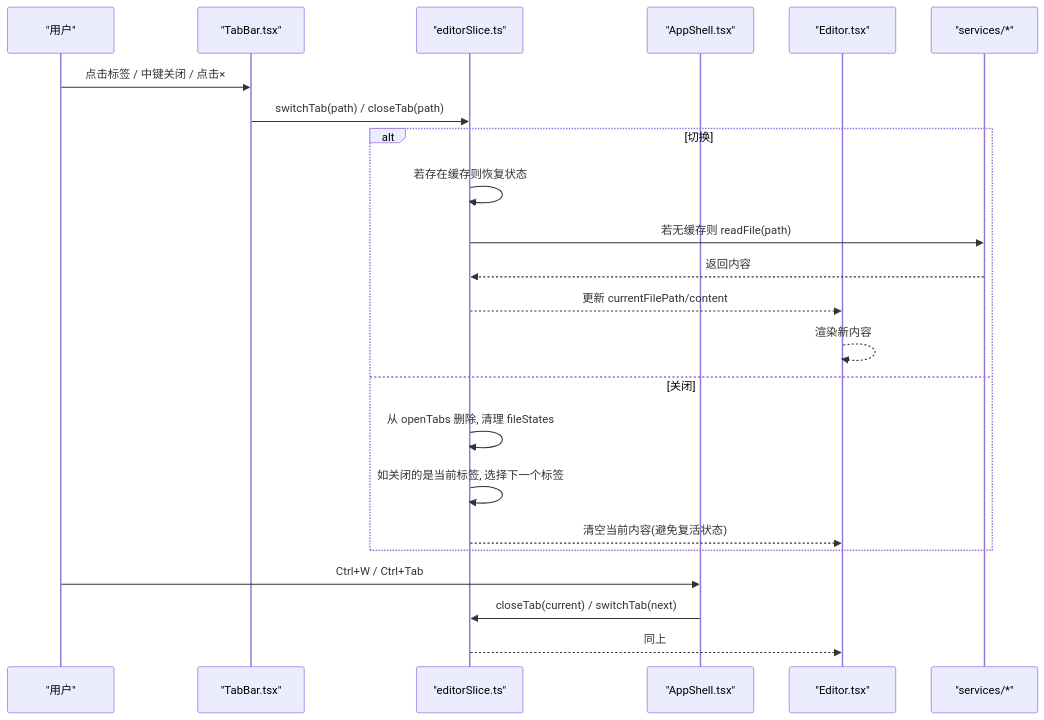
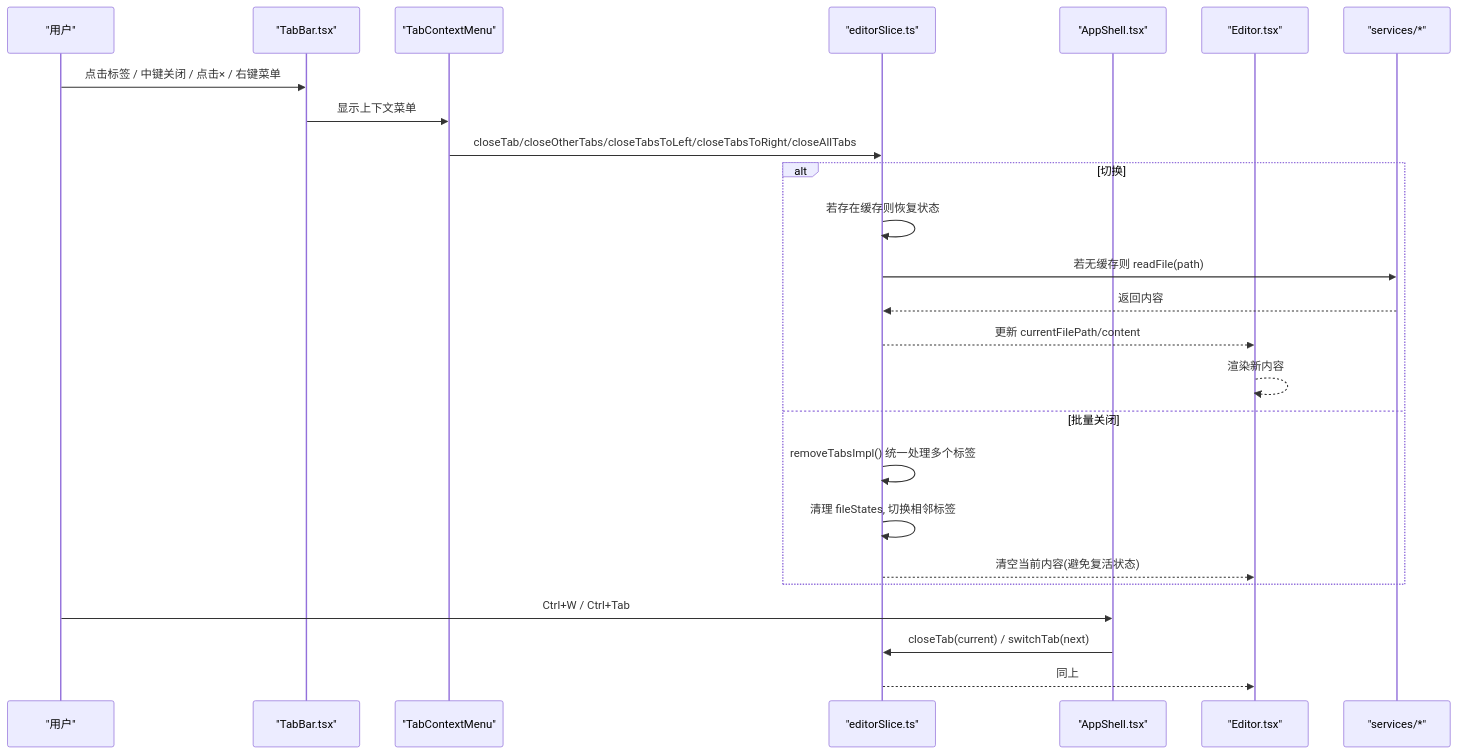
One commit to gongshiyun/ZenNote changed the second of 7 diagrams in .qoder/repowiki/zh/content/布局系统/标签页系统.md. Above: the diagram before and after it, drawn with Mermaid. The commit also changed other lines of this file and 38 other files, not shown here.

````diff
--- a/.qoder/repowiki/zh/content/布局系统/标签页系统.md
+++ b/.qoder/repowiki/zh/content/布局系统/标签页系统.md
@@ -107,25 +119,27 @@
 ```mermaid
 sequenceDiagram
 participant U as "用户"
 participant T as "TabBar.tsx"
+participant M as "TabContextMenu"
 participant S as "editorSlice.ts"
 participant A as "AppShell.tsx"
 participant E as "Editor.tsx"
 participant F as "services/*"
-U->>T : 点击标签 / 中键关闭 / 点击×
-T->>S : switchTab(path) / closeTab(path)
+U->>T : 点击标签 / 中键关闭 / 点击× / 右键菜单
+T->>M : 显示上下文菜单
+M->>S : closeTab/closeOtherTabs/closeTabsToLeft/closeTabsToRight/closeAllTabs
 alt 切换
 S->>S : 若存在缓存则恢复状态
 S->>F : 若无缓存则 readFile(path)
 F-->>S : 返回内容
 S-->>E : 更新 currentFilePath/content
 E-->>E : 渲染新内容
-else 关闭
-S->>S : 从 openTabs 删除, 清理 fileStates
-S->>S : 如关闭的是当前标签, 选择下一个标签
+else 批量关闭
+S->>S : removeTabsImpl() 统一处理多个标签
+S->>S : 清理 fileStates, 切换相邻标签
 S-->>E : 清空当前内容(避免复活状态)
 end
 U->>A : Ctrl+W / Ctrl+Tab
 A->>S : closeTab(current) / switchTab(next)
 S-->>E : 同上
 ```
````
